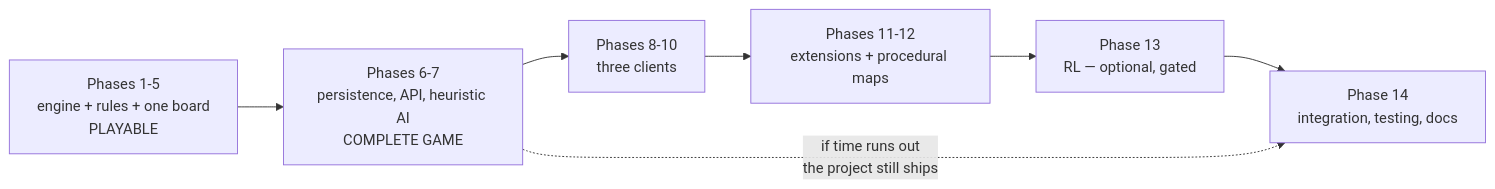
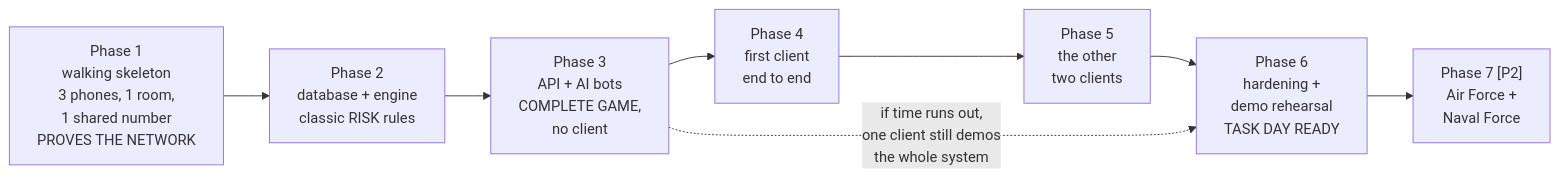
The diagram in docs/01-introduction.md (MujtabaNite/Order_And_Conquest), drawn with Mermaid before and after one commit. The commit also changed other lines of this file and 9 other files, not shown here.

````diff
--- a/docs/01-introduction.md
+++ b/docs/01-introduction.md
@@ -179,10 +234,11 @@
 ```mermaid
 flowchart LR
-    A["Phases 1-5<br/>engine + rules + one board<br/>PLAYABLE"] --> B["Phases 6-7<br/>persistence, API, heuristic AI<br/>COMPLETE GAME"]
-    B --> C["Phases 8-10<br/>three clients"]
-    C --> D["Phases 11-12<br/>extensions + procedural maps"]
-    D --> E["Phase 13<br/>RL — optional, gated"]
-    E --> F["Phase 14<br/>integration, testing, docs"]
+    A["Phase 1<br/>walking skeleton<br/>3 phones, 1 room,<br/>1 shared number<br/>PROVES THE NETWORK"] --> B["Phase 2<br/>database + engine<br/>classic RISK rules"]
+    B --> C["Phase 3<br/>API + AI bots<br/>COMPLETE GAME,<br/>no client"]
+    C --> D["Phase 4<br/>first client<br/>end to end"]
+    D --> E["Phase 5<br/>the other<br/>two clients"]
+    E --> F["Phase 6<br/>hardening +<br/>demo rehearsal<br/>TASK DAY READY"]
+    F --> G["Phase 7 [P2]<br/>Air Force +<br/>Naval Force"]
 
-    B -.->|"if time runs out<br/>the project still ships"| F
+    C -.->|"if time runs out,<br/>one client still demos<br/>the whole system"| F
 ```
````
